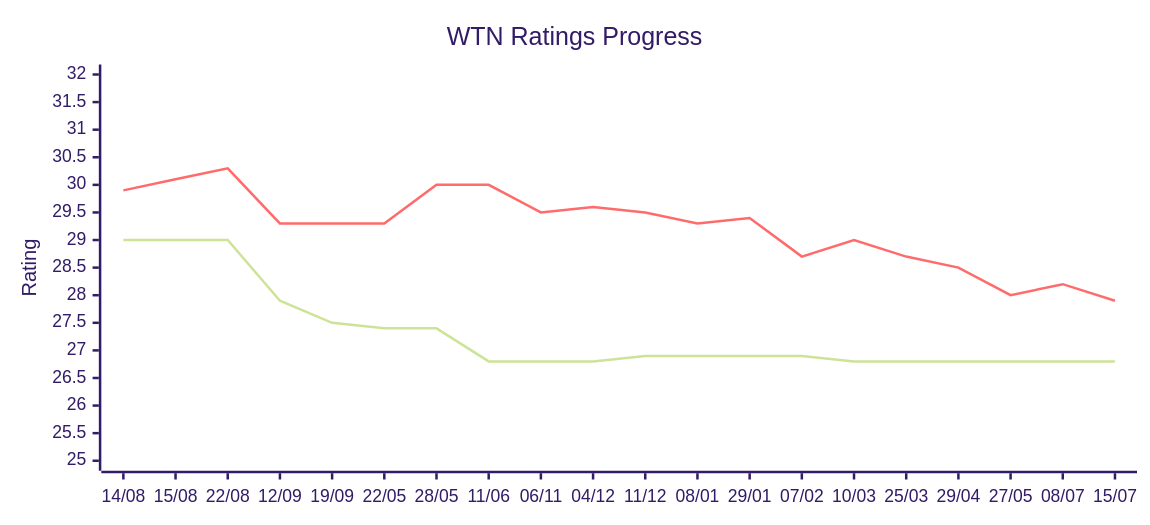
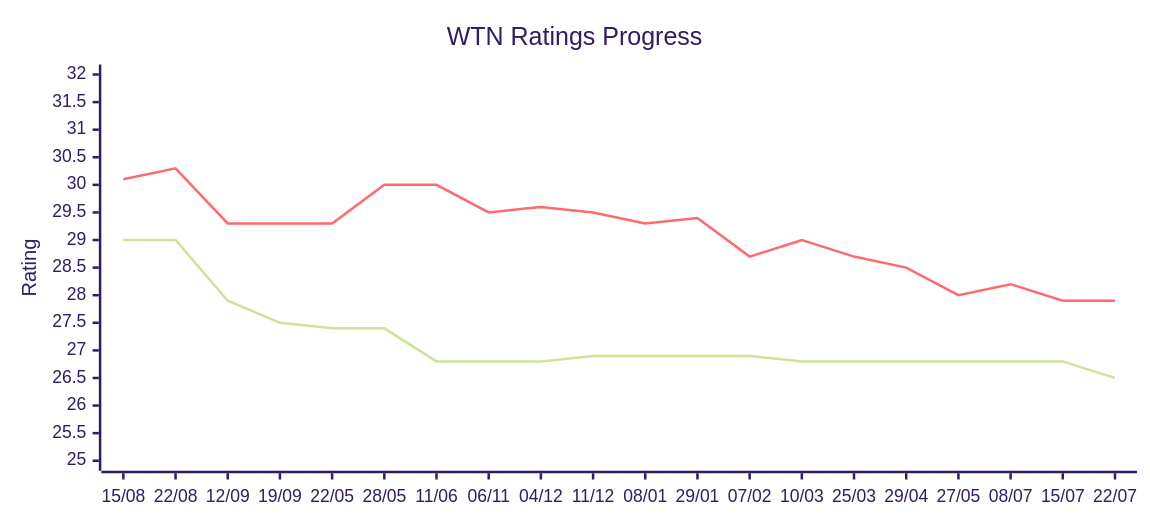
Before and after one commit to jamesrwhite/wtn: the diagram in README.md, drawn with Mermaid (forest theme). The commit also changed other lines of this file and 1 other file, not shown here.

Commit message:
Updated ratings

````diff
--- a/README.md
+++ b/README.md
@@ -12,14 +12,14 @@
 ```mermaid
 ---
 config:
   xyChart:
     width: 900
     height: 400
 ---
 xychart-beta
   title "WTN Ratings Progress"
-  x-axis ["14/08", "15/08", "22/08", "12/09", "19/09", "22/05", "28/05", "11/06", "06/11", "04/12", "11/12", "08/01", "29/01", "07/02", "10/03", "25/03", "29/04", "27/05", "08/07", "15/07"]
+  x-axis ["15/08", "22/08", "12/09", "19/09", "22/05", "28/05", "11/06", "06/11", "04/12", "11/12", "08/01", "29/01", "07/02", "10/03", "25/03", "29/04", "27/05", "08/07", "15/07", "22/07"]
   y-axis "Rating" 25 --> 32
-  line [29.0, 29.0, 29.0, 27.9, 27.5, 27.4, 27.4, 26.8, 26.8, 26.8, 26.9, 26.9, 26.9, 26.9, 26.8, 26.8, 26.8, 26.8, 26.8, 26.8]
-  line [29.9, 30.1, 30.3, 29.3, 29.3, 29.3, 30.0, 30.0, 29.5, 29.6, 29.5, 29.3, 29.4, 28.7, 29.0, 28.7, 28.5, 28.0, 28.2, 27.9]
+  line [29.0, 29.0, 27.9, 27.5, 27.4, 27.4, 26.8, 26.8, 26.8, 26.9, 26.9, 26.9, 26.9, 26.8, 26.8, 26.8, 26.8, 26.8, 26.8, 26.5]
+  line [30.1, 30.3, 29.3, 29.3, 29.3, 30.0, 30.0, 29.5, 29.6, 29.5, 29.3, 29.4, 28.7, 29.0, 28.7, 28.5, 28.0, 28.2, 27.9, 27.9]
 ```
````
